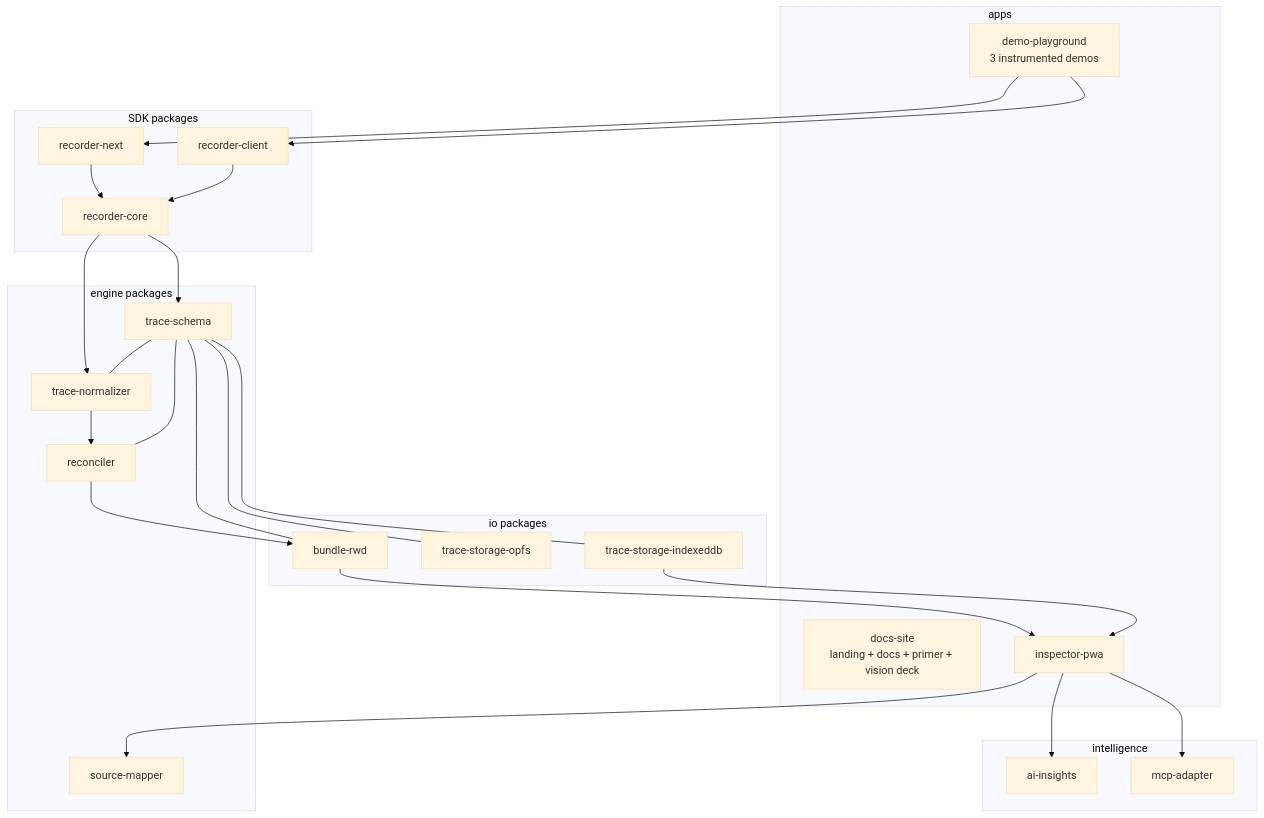
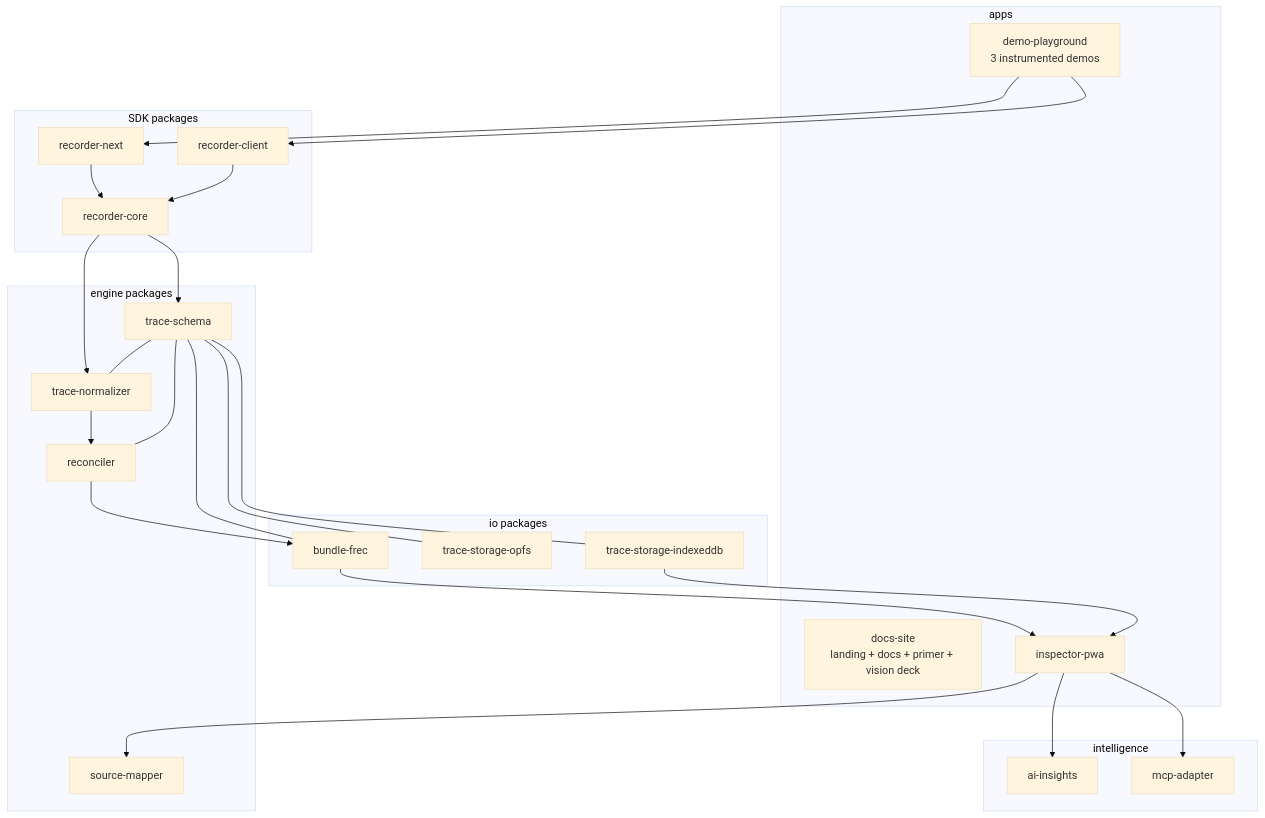
The seventh of 10 diagrams in docs/BLUEPRINT.md (CodeMuscle/flightrec), drawn with Mermaid (base theme) before and after one commit. The commit also changed other lines of this file and 19 other files, not shown here.

````diff
--- a/docs/BLUEPRINT.md
+++ b/docs/BLUEPRINT.md
@@ -138,36 +138,36 @@
 ```mermaid
 flowchart TB
   subgraph apps
     DOCS[docs-site<br/>landing + docs + primer + vision deck]
     INSP[inspector-pwa]
     DEMO[demo-playground<br/>3 instrumented demos]
   end
   subgraph SDK packages
     RC[recorder-core]
     RN[recorder-next]
     RCL[recorder-client]
   end
   subgraph engine packages
     TS[trace-schema]
     TN[trace-normalizer]
     RECON[reconciler]
     SRC[source-mapper]
   end
   subgraph io packages
     SIDB[trace-storage-indexeddb]
     SOPFS[trace-storage-opfs]
-    RWD[bundle-rwd]
+    RWD[bundle-frec]
   end
   subgraph intelligence
     AI[ai-insights]
     MCP[mcp-adapter]
   end
   RN --> RC --> TS
   RCL --> RC
   RC --> TN --> RECON --> RWD
   TS --- TN & RECON & RWD & SIDB & SOPFS
   RWD --> INSP
   SIDB --> INSP
   INSP --> SRC & AI & MCP
   DEMO --> RN & RCL
 ```
````
